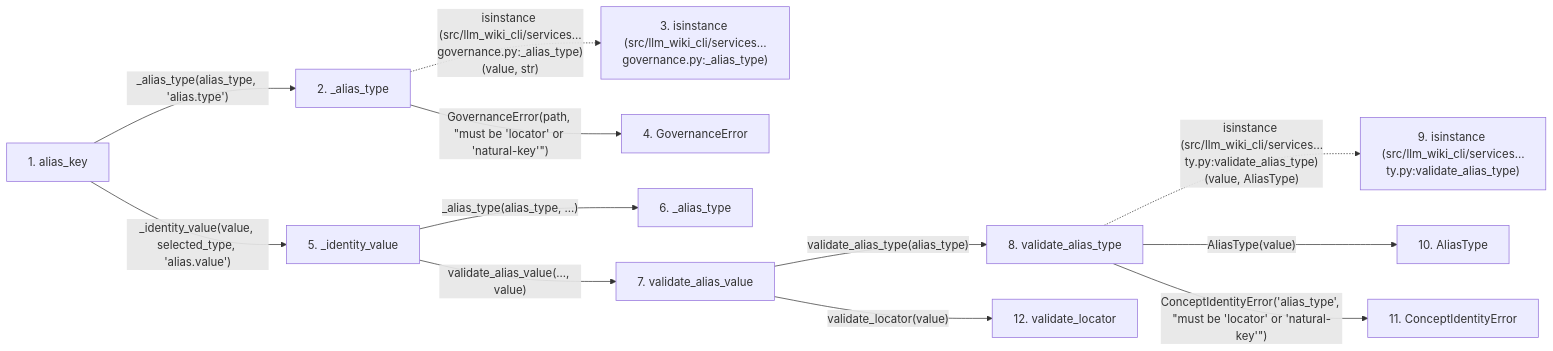
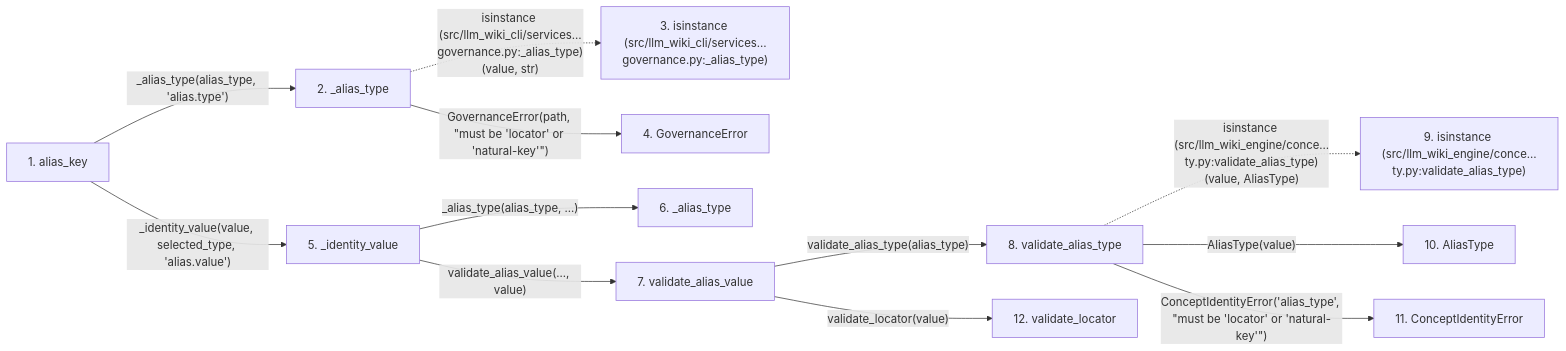
Before and after one commit to Denissvgn/python-wiki-llm: the second of 2 diagrams in docs/llm_wiki/flows/api-alias_key.md, drawn with Mermaid. The commit also changed other lines of this file and 1103 other files, not shown here.

First line of the commit message:
docs: refresh the wiki for the llm-wiki-engine distribution

````diff
--- a/docs/llm_wiki/flows/api-alias_key.md
+++ b/docs/llm_wiki/flows/api-alias_key.md
@@ -128,36 +128,36 @@
 ```mermaid
 flowchart LR
     s1["1. alias_key"]
     s2["2. _alias_type"]
     s3["3. isinstance (src/llm_wiki_cli/services…governance.py:_alias_type)"]
     s4["4. GovernanceError"]
     s5["5. _identity_value"]
     s6["6. _alias_type"]
     s7["7. validate_alias_value"]
     s8["8. validate_alias_type"]
-    s9["9. isinstance (src/llm_wiki_cli/services…ty.py:validate_alias_type)"]
+    s9["9. isinstance (src/llm_wiki_engine/conce…ty.py:validate_alias_type)"]
     s10["10. AliasType"]
     s11["11. ConceptIdentityError"]
     s12["12. validate_locator"]
     s1 -->|"_alias_type(alias_type, 'alias.type')"| s2
     s2 -. "isinstance (src/llm_wiki_cli/services…governance.py:_alias_type)(value, str)" .-> s3
     s2 -->|"GovernanceError(path, #34;must be 'locator' or 'natural-key'#34;)"| s4
     s1 -->|"_identity_value(value, selected_type, 'alias.value')"| s5
     s5 -->|"_alias_type(alias_type, ...)"| s6
     s5 -->|"validate_alias_value(..., value)"| s7
     s7 -->|"validate_alias_type(alias_type)"| s8
-    s8 -. "isinstance (src/llm_wiki_cli/services…ty.py:validate_alias_type)(value, AliasType)" .-> s9
+    s8 -. "isinstance (src/llm_wiki_engine/conce…ty.py:validate_alias_type)(value, AliasType)" .-> s9
     s8 -->|"AliasType(value)"| s10
     s8 -->|"ConceptIdentityError('alias_type', #34;must be 'locator' or 'natural-key'#34;)"| s11
     s7 -->|"validate_locator(value)"| s12
     click s1 "../modules/knowledge_governance.md"
     click s2 "../modules/knowledge_governance.md"
     click s4 "../modules/knowledge_governance.md"
     click s5 "../modules/knowledge_governance.md"
     click s6 "../modules/knowledge_governance.md"
     click s7 "../modules/concept_identity.md"
     click s8 "../modules/concept_identity.md"
     click s10 "../modules/concept_identity.md"
     click s11 "../modules/concept_identity.md"
     click s12 "../modules/concept_identity.md"
 ```
````
